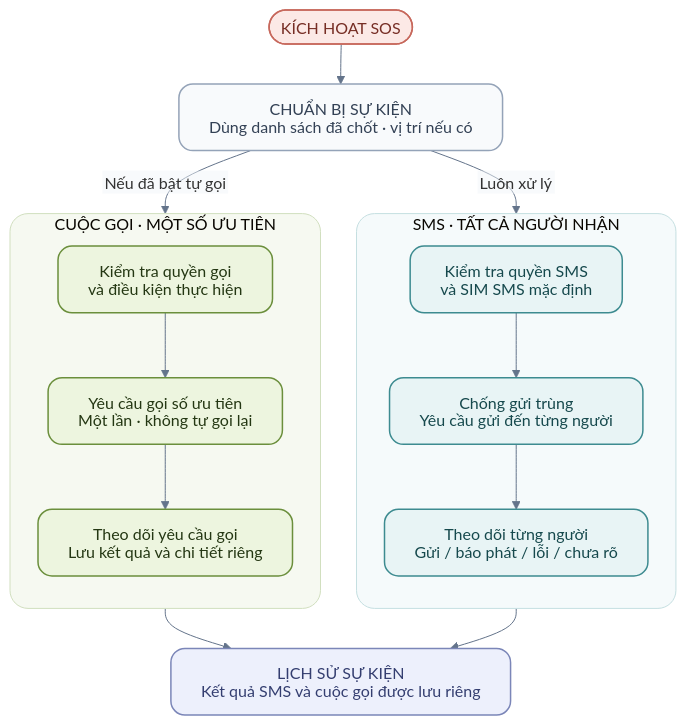
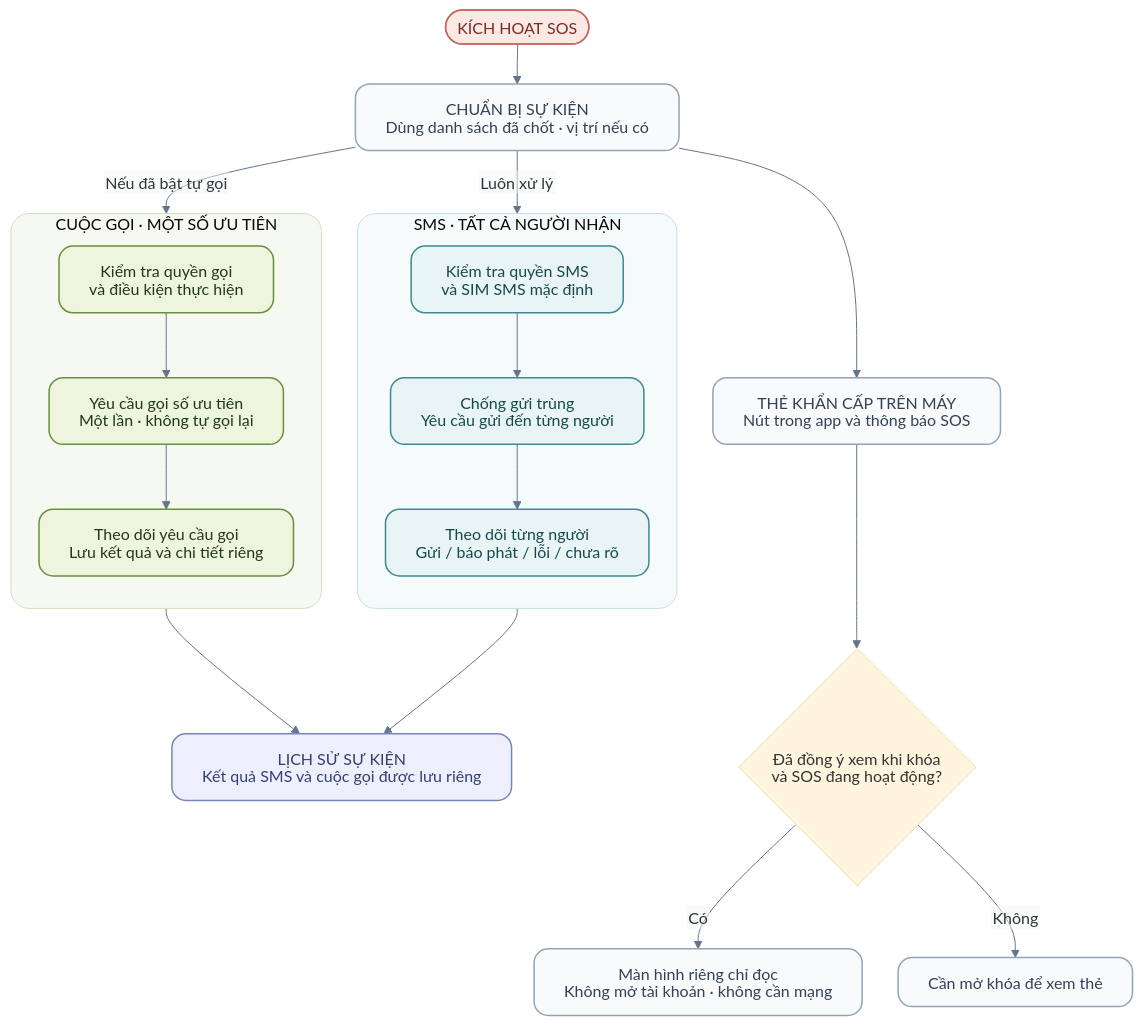
Before and after one commit to Vinh-205/Motion: the fourth of 4 diagrams in README.md, drawn with Mermaid. The commit also changed other lines of this file and 26 other files, not shown here.

Commit message:
Add encrypted emergency card with locked SOS access and remembered sessions

````diff
--- a/README.md
+++ b/README.md
@@ -414,56 +449,61 @@
 ```mermaid
 ---
 config:
   htmlLabels: false
   theme: base
   themeVariables:
     fontFamily: Segoe UI, Arial, sans-serif
     fontSize: 16px
     lineColor: '#64748b'
     edgeLabelBackground: '#f1f5f9'
   flowchart:
     wrappingWidth: 300
     curve: basis
     nodeSpacing: 36
     rankSpacing: 40
 ---
 flowchart TB
     START(["KÍCH HOẠT SOS"])
     SNAP["CHUẨN BỊ SỰ KIỆN<br/>Dùng danh sách đã chốt · vị trí nếu có"]
 
     subgraph SMS["SMS · TẤT CẢ NGƯỜI NHẬN"]
         direction TB
         S1["Kiểm tra quyền SMS<br/>và SIM SMS mặc định"]
         S2["Chống gửi trùng<br/>Yêu cầu gửi đến từng người"]
         S3["Theo dõi từng người<br/>Gửi / báo phát / lỗi / chưa rõ"]
         S1 --> S2 --> S3
     end
 
     subgraph CALL["CUỘC GỌI · MỘT SỐ ƯU TIÊN"]
         direction TB
         C1["Kiểm tra quyền gọi<br/>và điều kiện thực hiện"]
         C2["Yêu cầu gọi số ưu tiên<br/>Một lần · không tự gọi lại"]
         C3["Theo dõi yêu cầu gọi<br/>Lưu kết quả và chi tiết riêng"]
         C1 --> C2 --> C3
     end
 
     HISTORY["LỊCH SỬ SỰ KIỆN<br/>Kết quả SMS và cuộc gọi được lưu riêng"]
     START --> SNAP
     SNAP -->|"Luôn xử lý"| S1
     SNAP -->|"Nếu đã bật tự gọi"| C1
+    SNAP --> CARD["THẺ KHẨN CẤP TRÊN MÁY<br/>Nút trong app và thông báo SOS"]
+    CARD --> CONSENT{"Đã đồng ý xem khi khóa<br/>và SOS đang hoạt động?"}
+    CONSENT -->|"Có"| READONLY["Màn hình riêng chỉ đọc<br/>Không mở tài khoản · không cần mạng"]
+    CONSENT -->|"Không"| UNLOCK["Cần mở khóa để xem thẻ"]
     S3 --> HISTORY
     C3 --> HISTORY
 
     classDef sos fill:#fce9e6,stroke:#c7685c,color:#762d24,stroke-width:1.5px;
     classDef neutral fill:#f8fafc,stroke:#94a3b8,color:#334155,stroke-width:1.5px,rx:14,ry:14;
     classDef sms fill:#e8f4f5,stroke:#3d8b90,color:#16494d,stroke-width:1.5px,rx:14,ry:14;
     classDef voice fill:#edf5df,stroke:#6b8f3c,color:#243713,stroke-width:1.5px,rx:14,ry:14;
     classDef record fill:#edf0fc,stroke:#7b86b8,color:#343e70,stroke-width:1.5px,rx:14,ry:14;
     class START sos;
     class SNAP neutral;
     class S1,S2,S3 sms;
     class C1,C2,C3 voice;
     class HISTORY record;
+    class CARD,READONLY,UNLOCK neutral;
     style SMS fill:#f5fafb,stroke:#c5dfe1,color:#16494d,rx:18,ry:18
     style CALL fill:#f6f9f1,stroke:#d1dfbf,color:#243713,rx:18,ry:18
 ```
````
